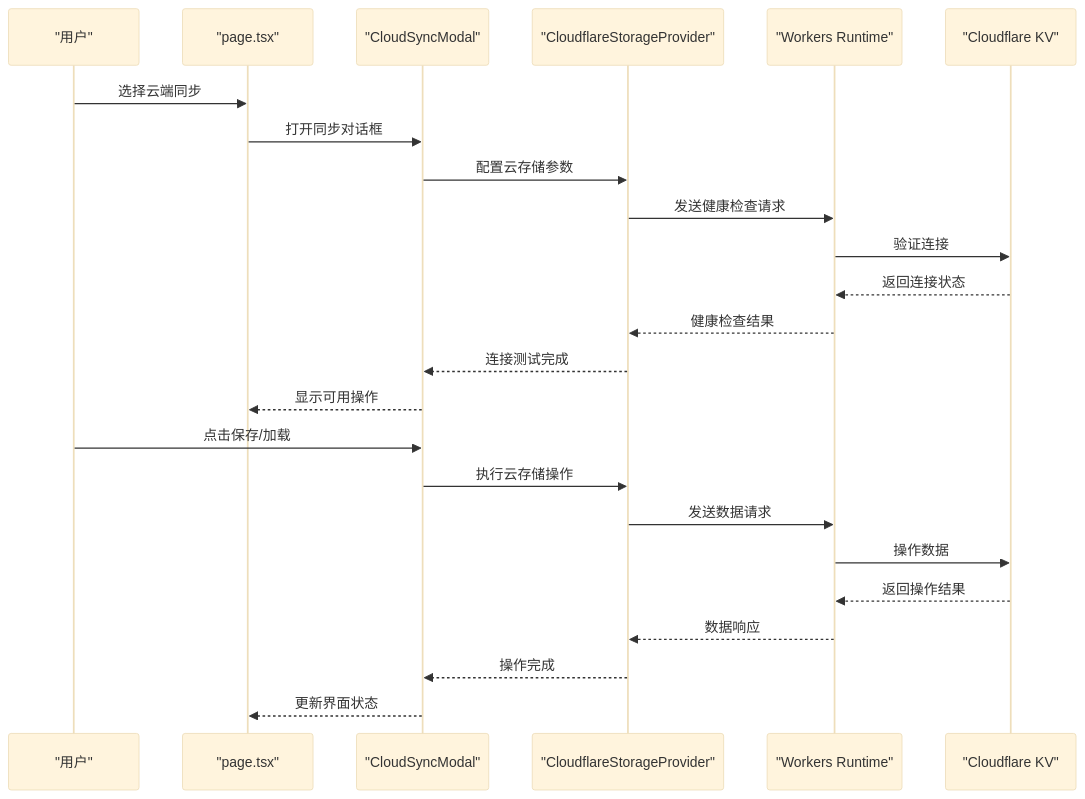
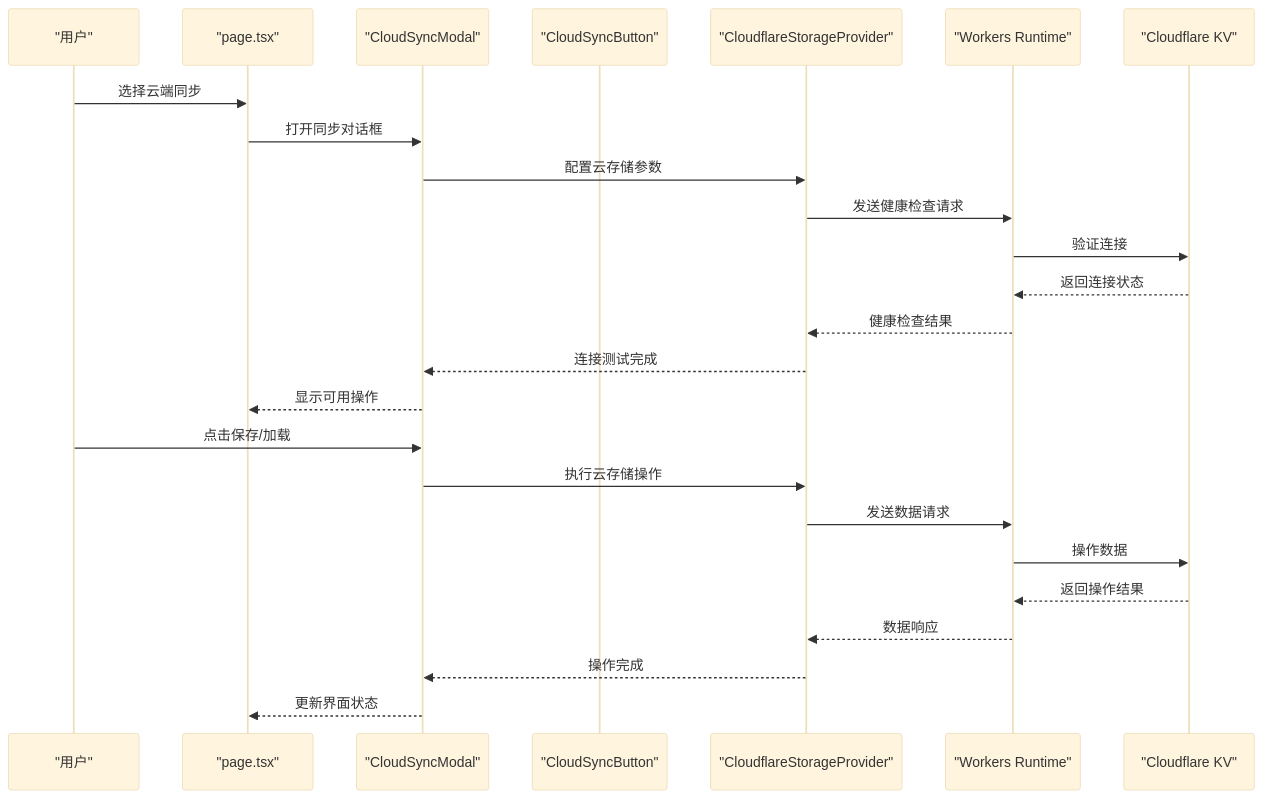
Before and after one commit to steveyu2/formula-mapper: the second of 18 diagrams in .qoder/repowiki/zh/content/开发者指南/开发者指南.md, drawn with Mermaid (base theme). The commit also changed other lines of this file and 2 other files, not shown here.

````diff
--- a/.qoder/repowiki/zh/content/开发者指南/开发者指南.md
+++ b/.qoder/repowiki/zh/content/开发者指南/开发者指南.md
@@ -172,26 +178,27 @@
 ```mermaid
 sequenceDiagram
 participant U as "用户"
 participant Page as "page.tsx"
 participant CSM as "CloudSyncModal"
+participant CSB as "CloudSyncButton"
 participant CF as "CloudflareStorageProvider"
 participant Worker as "Workers Runtime"
 participant KV as "Cloudflare KV"
 U->>Page : 选择云端同步
 Page->>CSM : 打开同步对话框
 CSM->>CF : 配置云存储参数
 CF->>Worker : 发送健康检查请求
 Worker->>KV : 验证连接
 KV-->>Worker : 返回连接状态
 Worker-->>CF : 健康检查结果
 CF-->>CSM : 连接测试完成
 CSM-->>Page : 显示可用操作
 U->>CSM : 点击保存/加载
 CSM->>CF : 执行云存储操作
 CF->>Worker : 发送数据请求
 Worker->>KV : 操作数据
 KV-->>Worker : 返回操作结果
 Worker-->>CF : 数据响应
 CF-->>CSM : 操作完成
 CSM-->>Page : 更新界面状态
 ```
````
